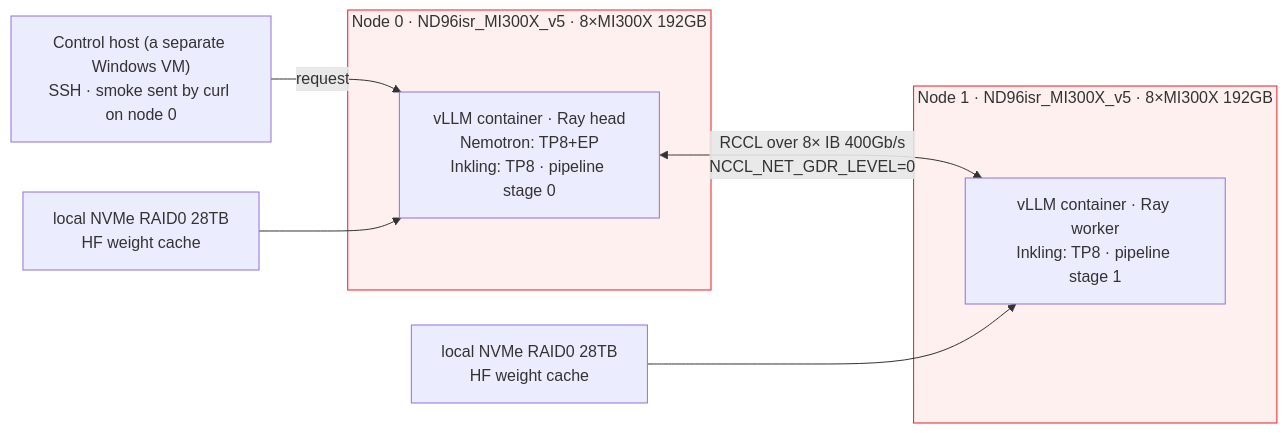
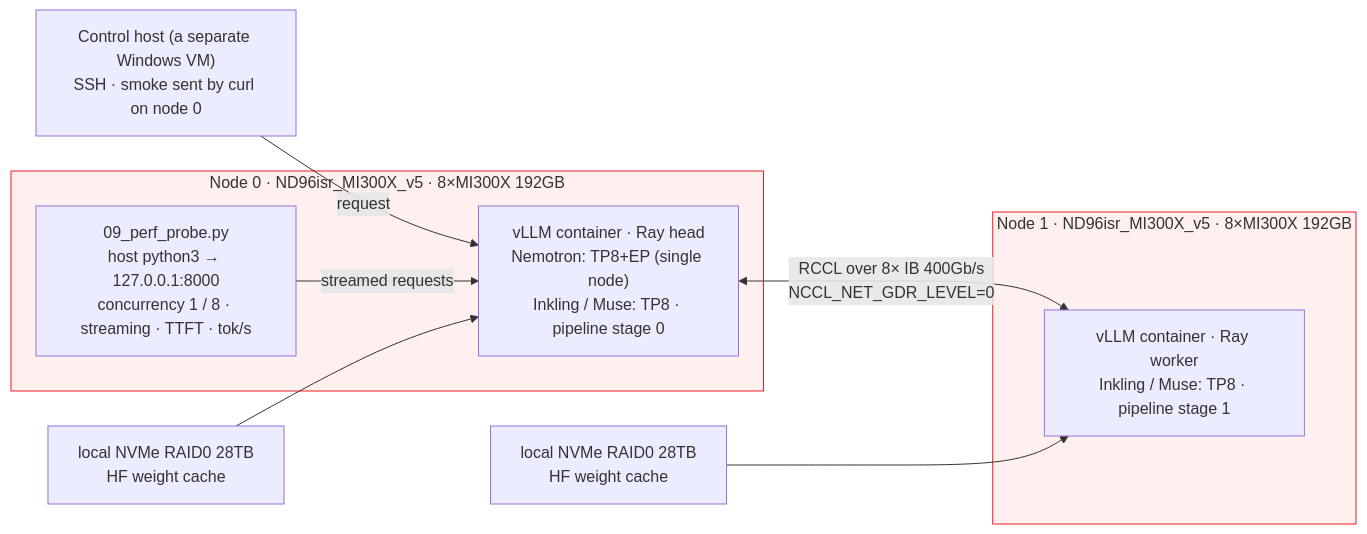
Before and after one commit to david-xinyuwei/david-share: the second of 2 diagrams in Deep-Learning/Large-MoE-Precision-and-Deployment-Guide/README.md, drawn with Mermaid. The commit also changed other lines of this file and 52 other files, not shown here.

First line of the commit message:
Large-MoE guide: MI300X run 2 — serving-speed probe for all three BF16 models, Muse passes on v0.33.0

````diff
--- a/Deep-Learning/Large-MoE-Precision-and-Deployment-Guide/README.md
+++ b/Deep-Learning/Large-MoE-Precision-and-Deployment-Guide/README.md
@@ -285,15 +285,17 @@
 ```mermaid
 flowchart LR
     subgraph N0["Node 0 · ND96isr_MI300X_v5 · 8×MI300X 192GB"]
-        C0["vLLM container · Ray head<br/>Nemotron: TP8+EP<br/>Inkling: TP8 · pipeline stage 0"]
+        C0["vLLM container · Ray head<br/>Nemotron: TP8+EP (single node)<br/>Inkling / Muse: TP8 · pipeline stage 0"]
+        P["09_perf_probe.py<br/>host python3 → 127.0.0.1:8000<br/>concurrency 1 / 8 · streaming · TTFT · tok/s"]
     end
     subgraph N1["Node 1 · ND96isr_MI300X_v5 · 8×MI300X 192GB"]
-        C1["vLLM container · Ray worker<br/>Inkling: TP8 · pipeline stage 1"]
+        C1["vLLM container · Ray worker<br/>Inkling / Muse: TP8 · pipeline stage 1"]
     end
     W["Control host (a separate Windows VM)<br/>SSH · smoke sent by curl on node 0"] -->|"request"| C0
+    P -->|"streamed requests"| C0
     C0 <-->|"RCCL over 8× IB 400Gb/s<br/>NCCL_NET_GDR_LEVEL=0"| C1
     NV0["local NVMe RAID0 28TB<br/>HF weight cache"] --> C0
     NV1["local NVMe RAID0 28TB<br/>HF weight cache"] --> C1
     style N0 fill:#fdf0ee,stroke:#ED1C24
     style N1 fill:#fdf0ee,stroke:#ED1C24
 ```
````
